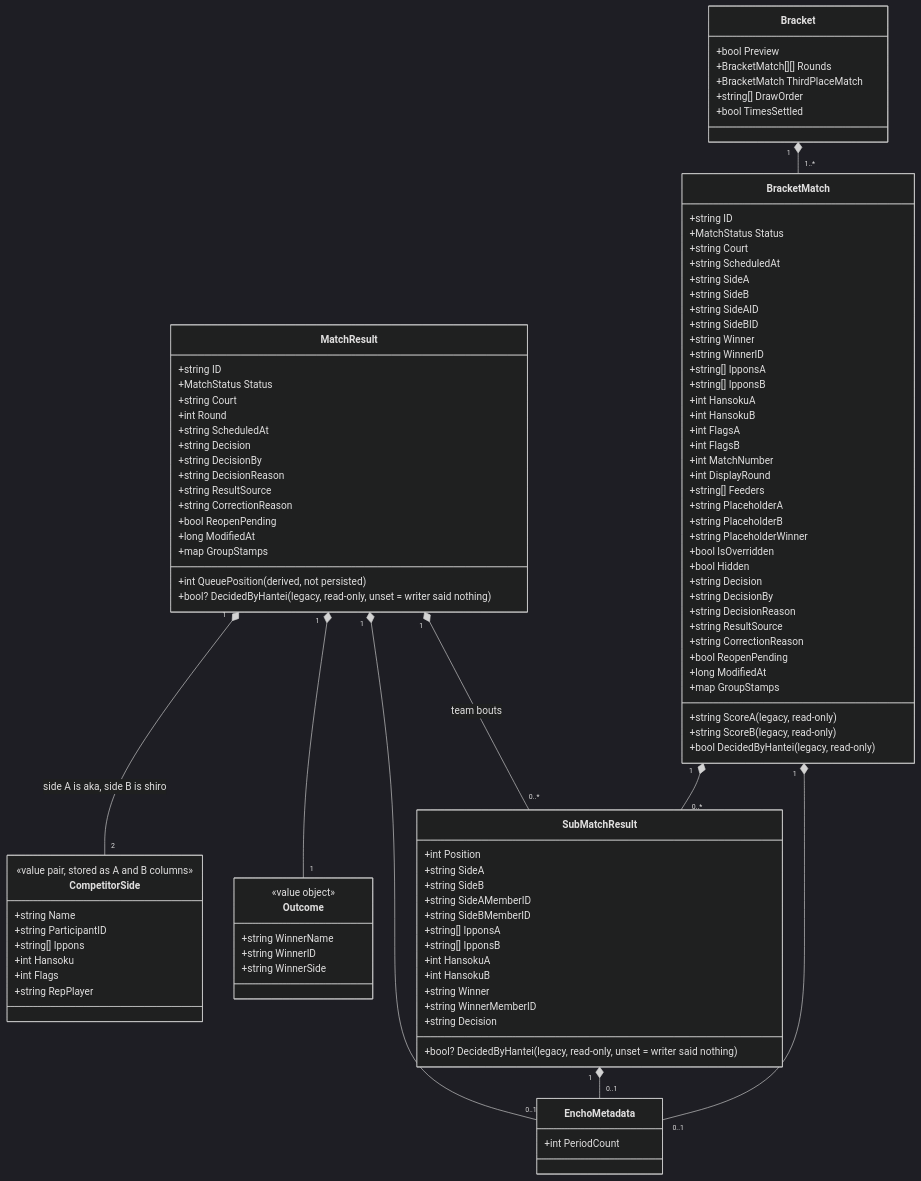
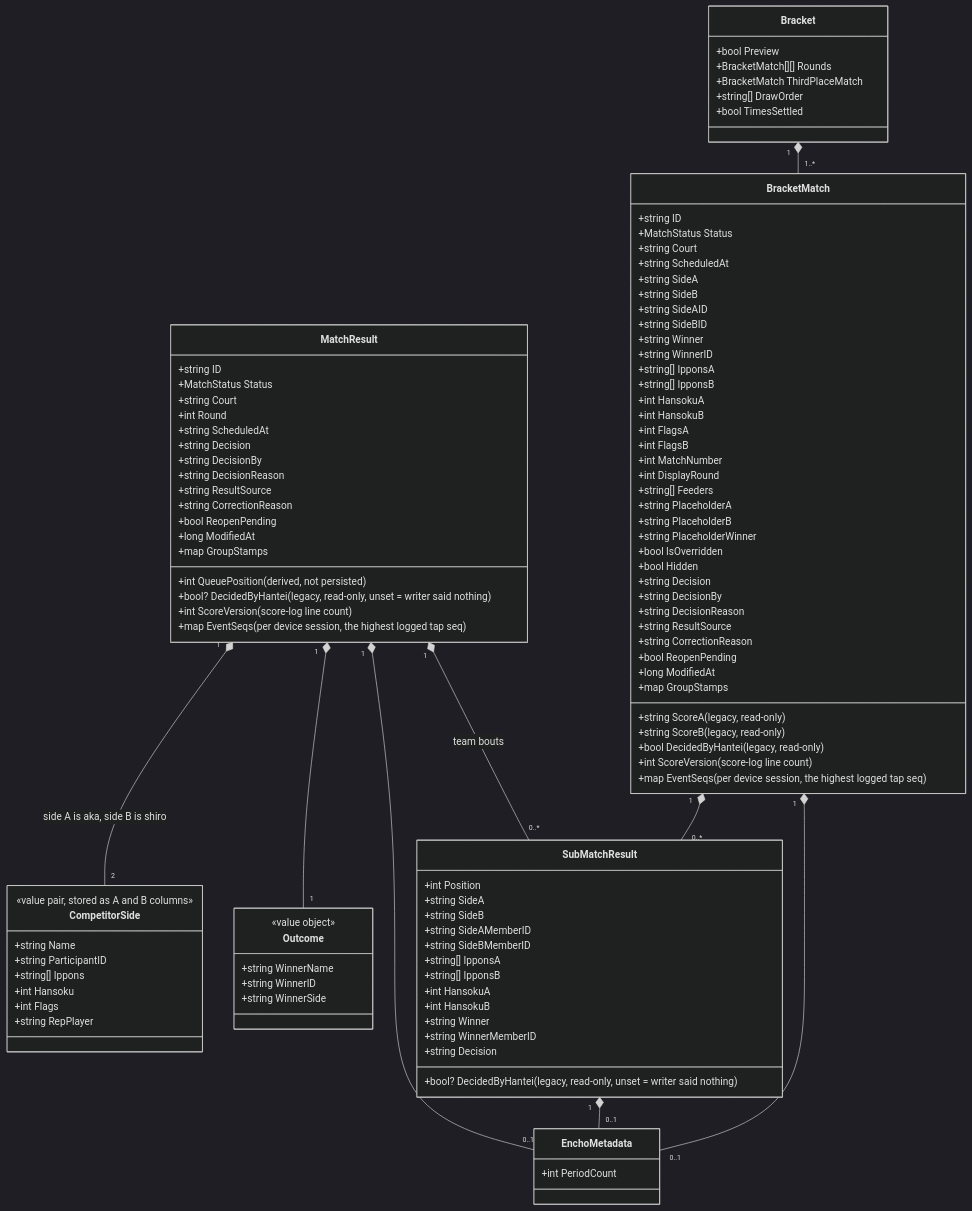
One commit to gitrgoliveira/bracket-creator changed the second of 4 diagrams in docs/architecture/data-model.md. Above: the diagram before and after it, drawn with Mermaid (dark theme). The commit also changed 1 other file, not shown here.

Commit message:
docs(bc-evts): stage 3, the bout-change tap guard and the score version fields in the data model

```diff
--- a/docs/architecture/data-model.md
+++ b/docs/architecture/data-model.md
@@ -254,6 +254,8 @@
         +bool ReopenPending
         +long ModifiedAt
         +map GroupStamps
+        +int ScoreVersion (score-log line count)
+        +map EventSeqs (per device session, the highest logged tap seq)
     }
 
     class CompetitorSide {
@@ -337,6 +339,8 @@
         +bool DecidedByHantei (legacy, read-only)
         +long ModifiedAt
         +map GroupStamps
+        +int ScoreVersion (score-log line count)
+        +map EventSeqs (per device session, the highest logged tap seq)
     }
 
     MatchResult "1" *-- "2" CompetitorSide : side A is aka, side B is shiro
```
